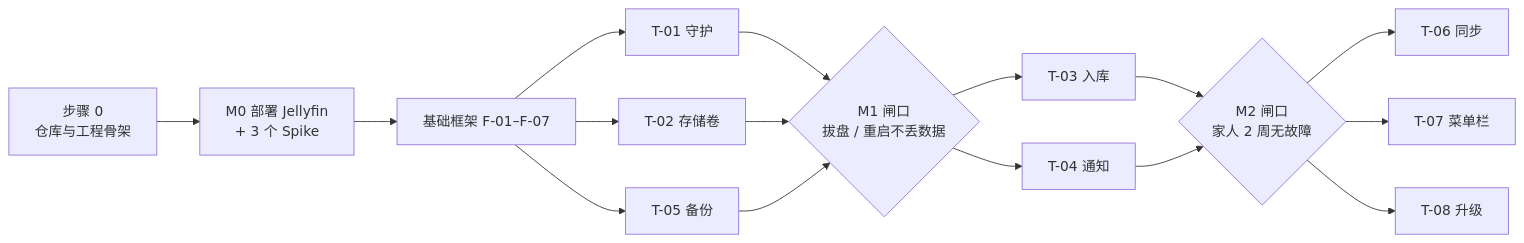
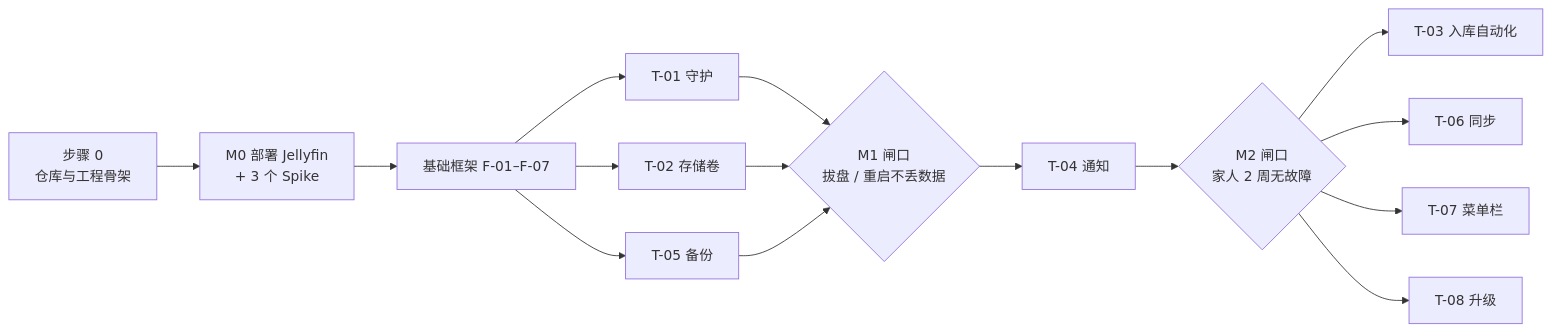
The fifth of 5 diagrams in docs/design.md (YuhuiJimmy/emby), drawn with Mermaid before and after one commit. The commit also changed other lines of this file and 1 other file, not shown here.

````diff
--- a/docs/design.md
+++ b/docs/design.md
@@ -607,15 +614,15 @@
 ```mermaid
 flowchart LR
   S0["步骤 0<br/>仓库与工程骨架"] --> M0["M0 部署 Jellyfin<br/>+ 3 个 Spike"]
   M0 --> F["基础框架 F-01–F-07"]
   F --> T1["T-01 守护"]
   F --> T2["T-02 存储卷"]
   F --> T5["T-05 备份"]
   T1 & T2 & T5 --> G1{"M1 闸口<br/>拔盘 / 重启不丢数据"}
-  G1 --> T3["T-03 入库"]
   G1 --> T4["T-04 通知"]
-  T3 & T4 --> G2{"M2 闸口<br/>家人 2 周无故障"}
+  T4 --> G2{"M2 闸口<br/>家人 2 周无故障"}
+  G2 --> T3["T-03 入库自动化"]
   G2 --> T6["T-06 同步"]
   G2 --> T7["T-07 菜单栏"]
   G2 --> T8["T-08 升级"]
 ```
````
